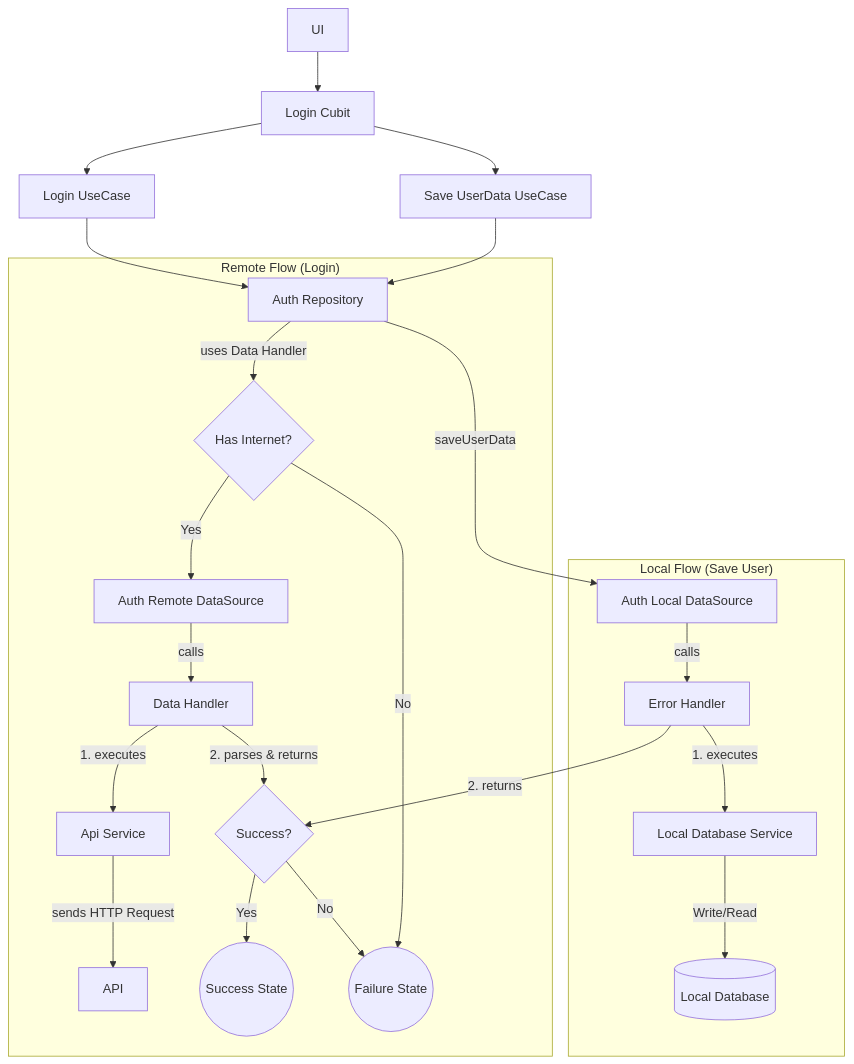
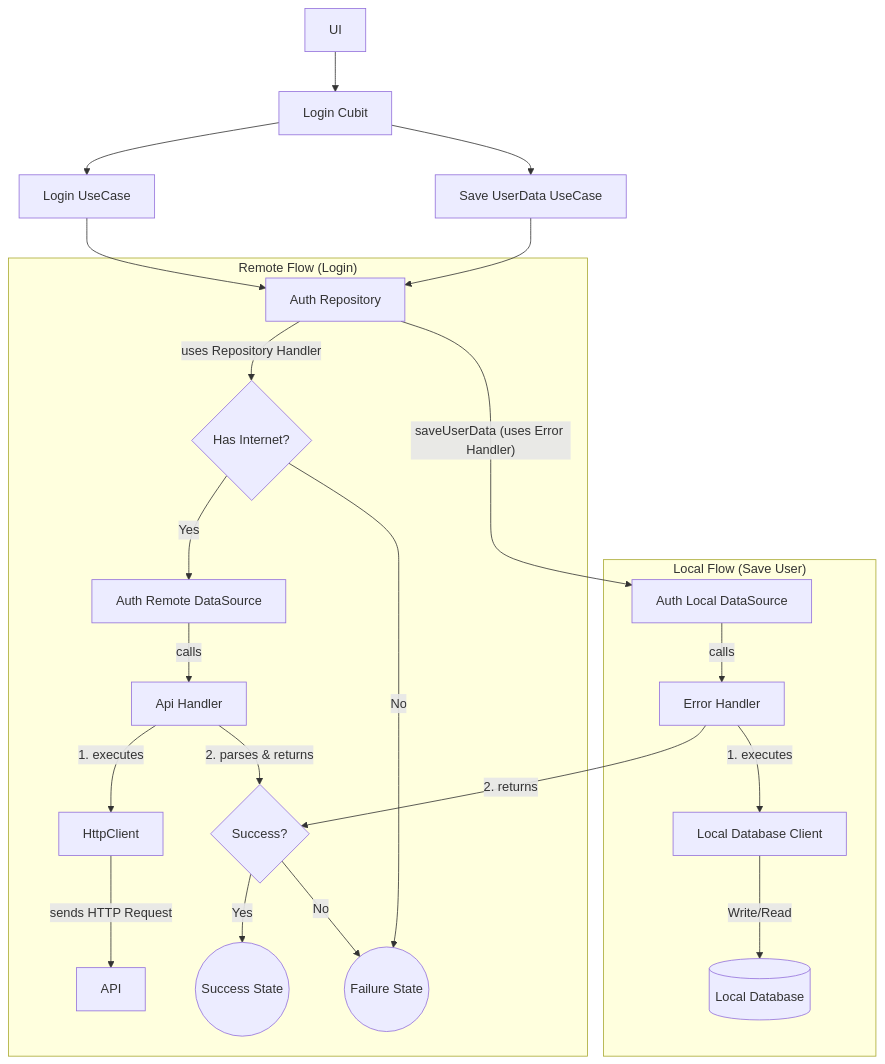
Before and after one commit to gaurishankar007/Flutter-Clean-Architecture: the third of 3 diagrams in README.md, drawn with Mermaid. The commit also changed other lines of this file, not shown here.

Commit message:
docs: updated the data handling content.

````diff
--- a/README.md
+++ b/README.md
@@ -399,27 +401,27 @@
 ```mermaid
 flowchart TD
     A[UI] --> B[Login Cubit]
     B --> C[Login UseCase] & D[Save UserData UseCase]
     C --> E[Auth Repository]
     D --> E
 
     subgraph "Remote Flow (Login)"
-        E -- "uses Data Handler" --> F{Has Internet?}
+        E -- "uses Repository Handler" --> F{Has Internet?}
         F -- Yes --> G[Auth Remote DataSource]
-        G -- "calls" --> H[Data Handler]
-        H -- "1. executes" --> I[Api Service]
+        G -- "calls" --> H[Api Handler]
+        H -- "1. executes" --> I[HttpClient]
         I -- "sends HTTP Request" --> J[API]
         H -- "2. parses & returns" --> K{Success?}
         K -- Yes --> L((Success State))
         K -- No --> M((Failure State))
         F -- No --> M
     end
 
     subgraph "Local Flow (Save User)"
-        E -- saveUserData --> N[Auth Local DataSource]
+        E -- "saveUserData (uses Error Handler)" --> N[Auth Local DataSource]
         N -- "calls" --> O[Error Handler]
-        O -- "1. executes" --> P[Local Database Service]
+        O -- "1. executes" --> P[Local Database Client]
         P -- "Write/Read" --> Q[(Local Database)]
         O -- "2. returns" --> K
     end
 ```
````
